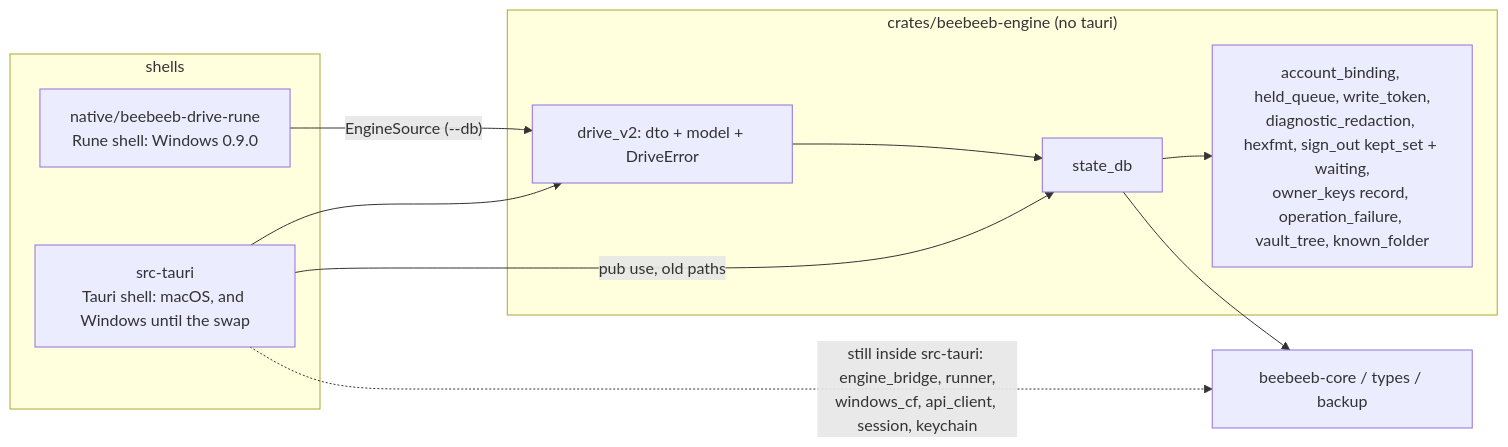
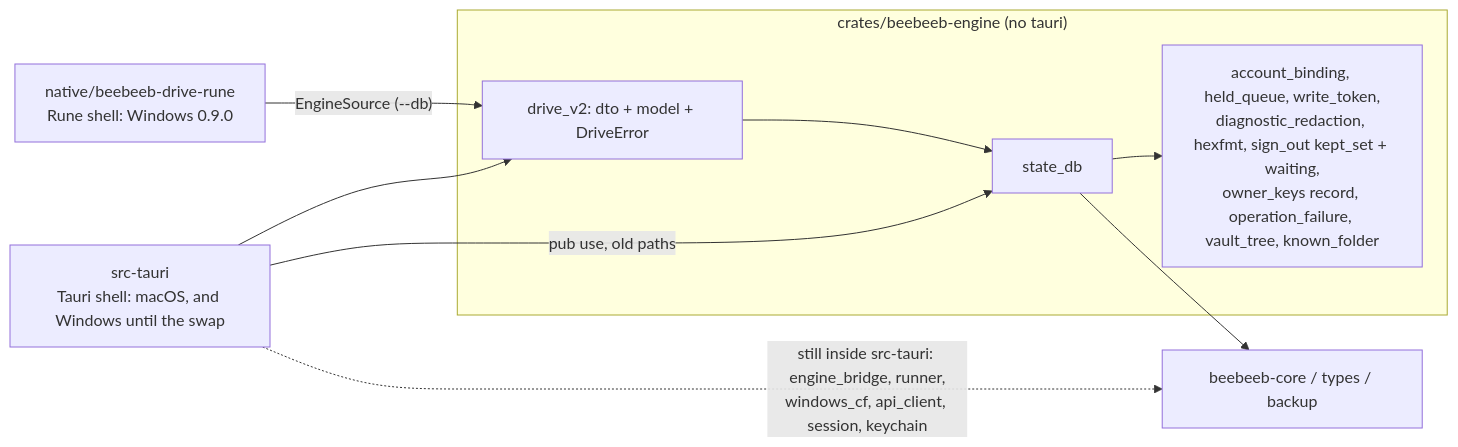
The diagram in docs/superpowers/specs/2026-11-11-native-engine-boundary.md (beebeeb-io/desktop), drawn with Mermaid before and after one commit. The commit also changed other lines of this file and 1 other file, not shown here.

````diff
--- a/docs/superpowers/specs/2026-11-11-native-engine-boundary.md
+++ b/docs/superpowers/specs/2026-11-11-native-engine-boundary.md
@@ -23,20 +29,18 @@
 ```mermaid
 graph LR
-    subgraph shells
-        TAURI[src-tauri<br/>Tauri shell: macOS, and Windows until the swap]
-        RUNE[native/beebeeb-drive-rune<br/>Rune shell: Windows 0.9.0]
-    end
+    TAURI[src-tauri<br/>Tauri shell: macOS, and Windows until the swap]
+    RUNE[native/beebeeb-drive-rune<br/>Rune shell: Windows 0.9.0]
     subgraph "crates/beebeeb-engine (no tauri)"
         SDB[state_db]
         DV2[drive_v2: dto + model + DriveError]
         SMALL[account_binding, held_queue, write_token,<br/>diagnostic_redaction, hexfmt, sign_out kept_set + waiting,<br/>owner_keys record, operation_failure, vault_tree, known_folder]
     end
     CORE[beebeeb-core / types / backup]
     TAURI -- "pub use, old paths" --> SDB
     TAURI --> DV2
     RUNE -- "EngineSource (--db)" --> DV2
     DV2 --> SDB
     SDB --> SMALL
     SDB --> CORE
     TAURI -. "still inside src-tauri: engine_bridge, runner,<br/>windows_cf, api_client, session, keychain" .-> CORE
 ```
````
